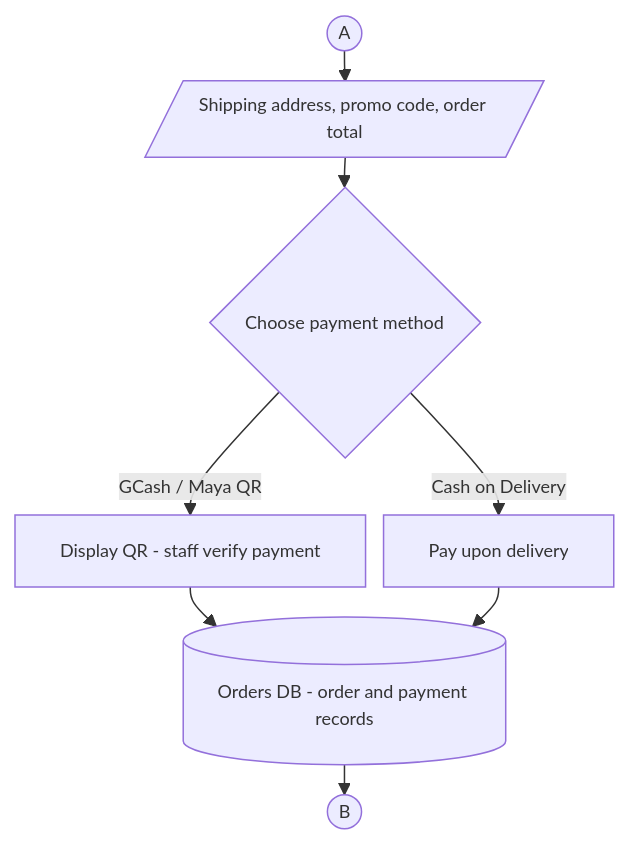
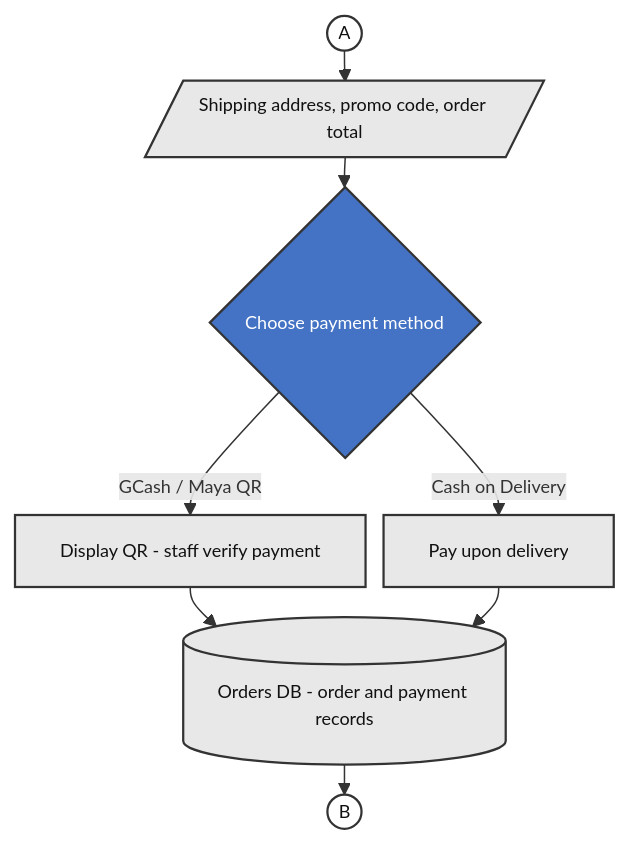
One commit to banderitax5/whiskers-prototype changed the third of 8 diagrams in docs/system-flowcharts.md. Above: the diagram before and after it, drawn with Mermaid. The commit also changed other lines of this file, not shown here.

Commit message:
docs: capstone color scheme for flowcharts - yellow terminators, blue decisions, gray steps

````diff
--- a/docs/system-flowcharts.md
+++ b/docs/system-flowcharts.md
@@ -57,11 +76,19 @@
 ```mermaid
 %%{init: {"flowchart": {"nodeSpacing": 12, "rankSpacing": 20}, "themeVariables": {"fontSize": "12px"}}}%%
 flowchart TD
     KA2(("A")) --> T[/Shipping address, promo code, order total/]
     T --> PM{"Choose payment method"}
     PM -- "GCash / Maya QR" --> QR["Display QR - staff verify payment"]
     PM -- "Cash on Delivery" --> COD["Pay upon delivery"]
     QR --> DB[("Orders DB - order and payment records")]
     COD --> DB
     DB --> KB(("B"))
+    classDef proc fill:#E8E8E8,stroke:#333333,stroke-width:1.5px,color:#111111
+    classDef dec fill:#4472C4,stroke:#333333,stroke-width:1.5px,color:#FFFFFF
+    classDef db fill:#E8E8E8,stroke:#333333,stroke-width:1.5px,color:#111111
+    classDef conn fill:#FFFFFF,stroke:#333333,stroke-width:1.5px,color:#111111
+    class PM dec
+    class T,QR,COD proc
+    class DB db
+    class KA2,KB conn
 ```
````
